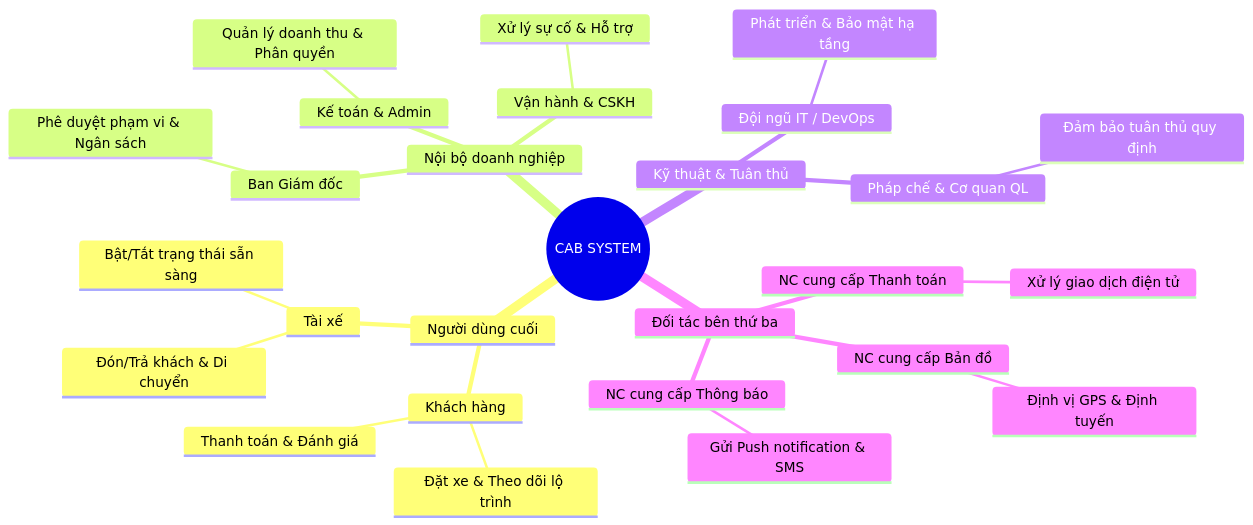
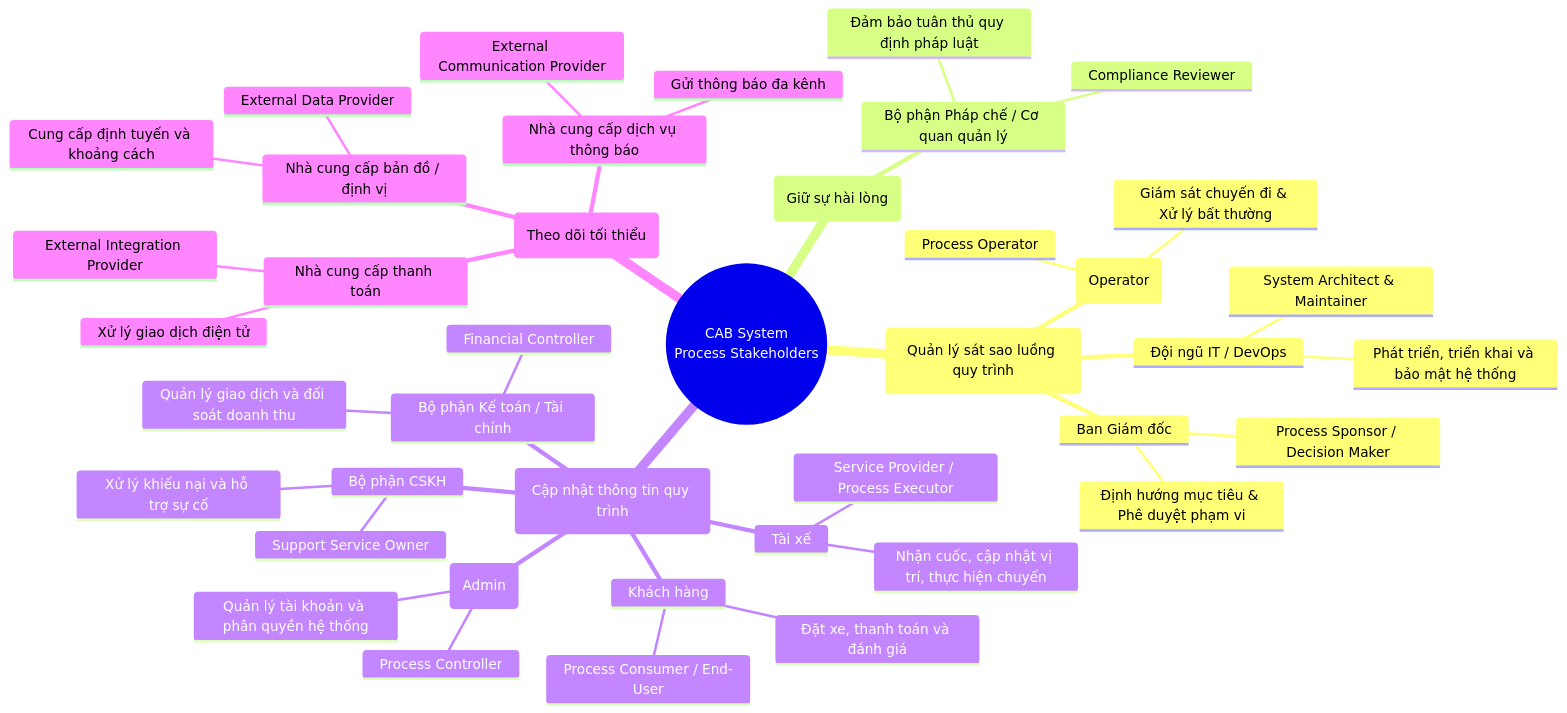
Before and after one commit to npmaitrinh09-wq/23651511_NguyenPhamMaiTrinh_cabsystem: the second of 2 diagrams in README.md, drawn with Mermaid. The commit also changed other lines of this file, not shown here.

````diff
--- a/README.md
+++ b/README.md
@@ -54,30 +61,44 @@
 ```mermaid
 mindmap
-  root((CAB SYSTEM))
-    Người dùng cuối
+  root((CAB System<br/>Process Stakeholders))
+    Quyền lực cao & Quan tâm cao<br/>(Quản lý sát sao luồng quy trình)
+      Ban Giám đốc
+        Process Sponsor / Decision Maker
+        Định hướng mục tiêu & Phê duyệt phạm vi
+      Đội ngũ IT / DevOps
+        System Architect & Maintainer
+        Phát triển, triển khai và bảo mật hệ thống
+      Nhân viên vận hành (Operator)
+        Process Operator
+        Giám sát chuyến đi & Xử lý bất thường
+    Quyền lực cao & Quan tâm thấp<br/>(Giữ sự hài lòng)
+      Bộ phận Pháp chế / Cơ quan quản lý
+        Compliance Reviewer
+        Đảm bảo tuân thủ quy định pháp luật
+    Quyền lực thấp & Quan tâm cao<br/>(Cập nhật thông tin quy trình)
       Khách hàng
-        Đặt xe & Theo dõi lộ trình
-        Thanh toán & Đánh giá
+        Process Consumer / End-User
+        Đặt xe, thanh toán và đánh giá
       Tài xế
-        Đón/Trả khách & Di chuyển
-        Bật/Tắt trạng thái sẵn sàng
-    Nội bộ doanh nghiệp
-      Ban Giám đốc
-        Phê duyệt phạm vi & Ngân sách
-      Vận hành & CSKH
-        Xử lý sự cố & Hỗ trợ
-      Kế toán & Admin
-        Quản lý doanh thu & Phân quyền
-    Kỹ thuật & Tuân thủ
-      Đội ngũ IT / DevOps
-        Phát triển & Bảo mật hạ tầng
-      Pháp chế & Cơ quan QL
-        Đảm bảo tuân thủ quy định
-    Đối tác bên thứ ba
-      NC cung cấp Bản đồ
-        Định vị GPS & Định tuyến
-      NC cung cấp Thanh toán
+        Service Provider / Process Executor
+        Nhận cuốc, cập nhật vị trí, thực hiện chuyến
+      Quản trị viên (Admin)
+        Process Controller
+        Quản lý tài khoản và phân quyền hệ thống
+      Bộ phận Kế toán / Tài chính
+        Financial Controller
+        Quản lý giao dịch và đối soát doanh thu
+      Bộ phận CSKH
+        Support Service Owner
+        Xử lý khiếu nại và hỗ trợ sự cố
+    Quyền lực thấp & Quan tâm thấp<br/>(Theo dõi tối thiểu)
+      Nhà cung cấp thanh toán
+        External Integration Provider
         Xử lý giao dịch điện tử
-      NC cung cấp Thông báo
-        Gửi Push notification & SMS
+      Nhà cung cấp bản đồ / định vị
+        External Data Provider
+        Cung cấp định tuyến và khoảng cách
+      Nhà cung cấp dịch vụ thông báo
+        External Communication Provider
+        Gửi thông báo đa kênh
 ```
````
